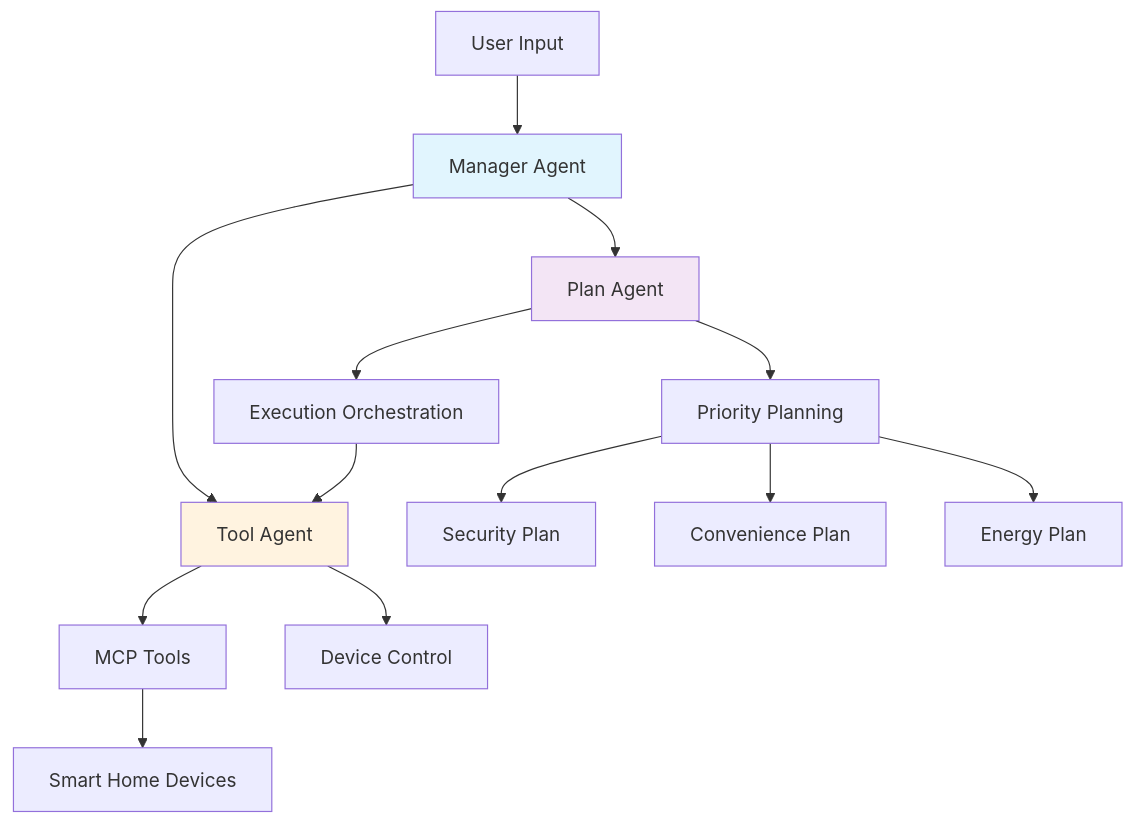
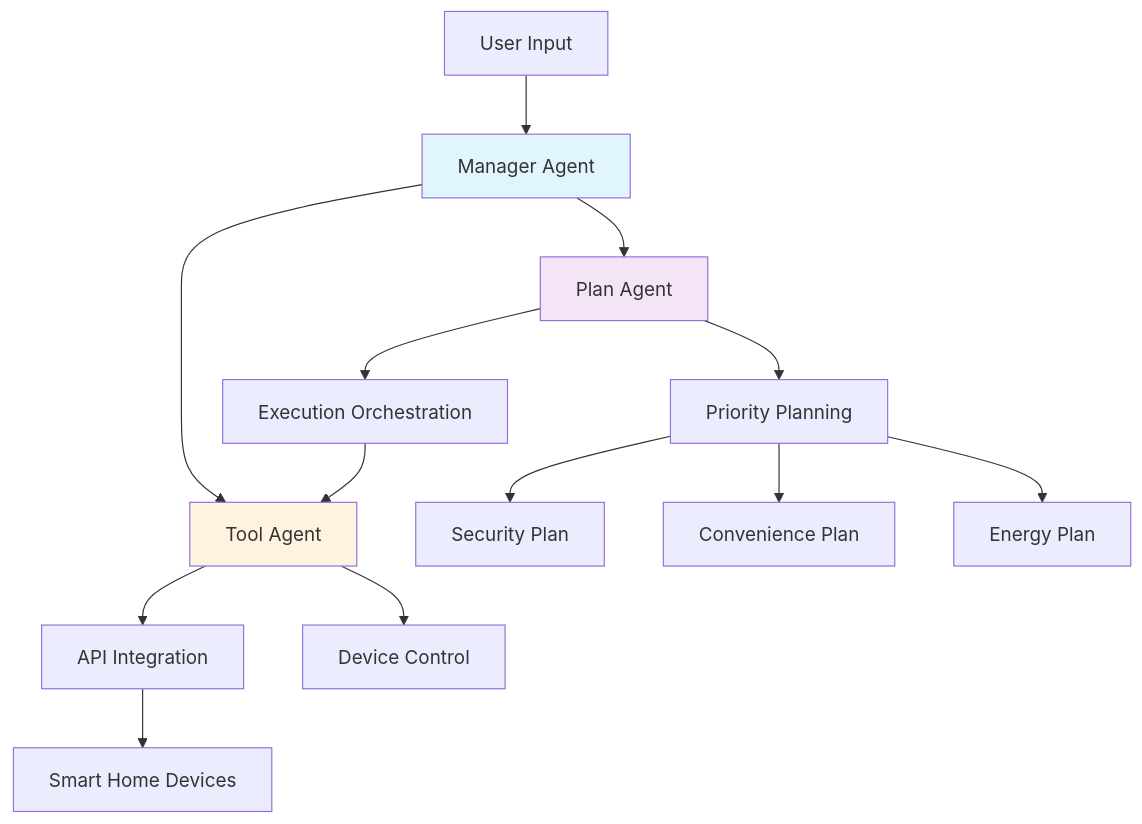
The diagram in docs/README.md (BaoBao112233/MAS-Planning), drawn with Mermaid before and after one commit. The commit also changed other lines of this file and 16 other files, not shown here.

````diff
--- a/docs/README.md
+++ b/docs/README.md
@@ -63,24 +107,24 @@
 ```mermaid
 graph TB
     A[User Input] --> B[Manager Agent]
     B --> C[Plan Agent]
     B --> E[Tool Agent]
     
     C --> F[Priority Planning]
     C --> G[Execution Orchestration]
     
-    E --> J[MCP Tools]
+    E --> J[API Integration]
     E --> K[Device Control]
     
     F --> L[Security Plan]
     F --> M[Convenience Plan]
     F --> N[Energy Plan]
     
     G --> E
     
     J --> O[Smart Home Devices]
     
     style B fill:#e1f5fe
     style C fill:#f3e5f5
     style E fill:#fff3e0
 ```
````
